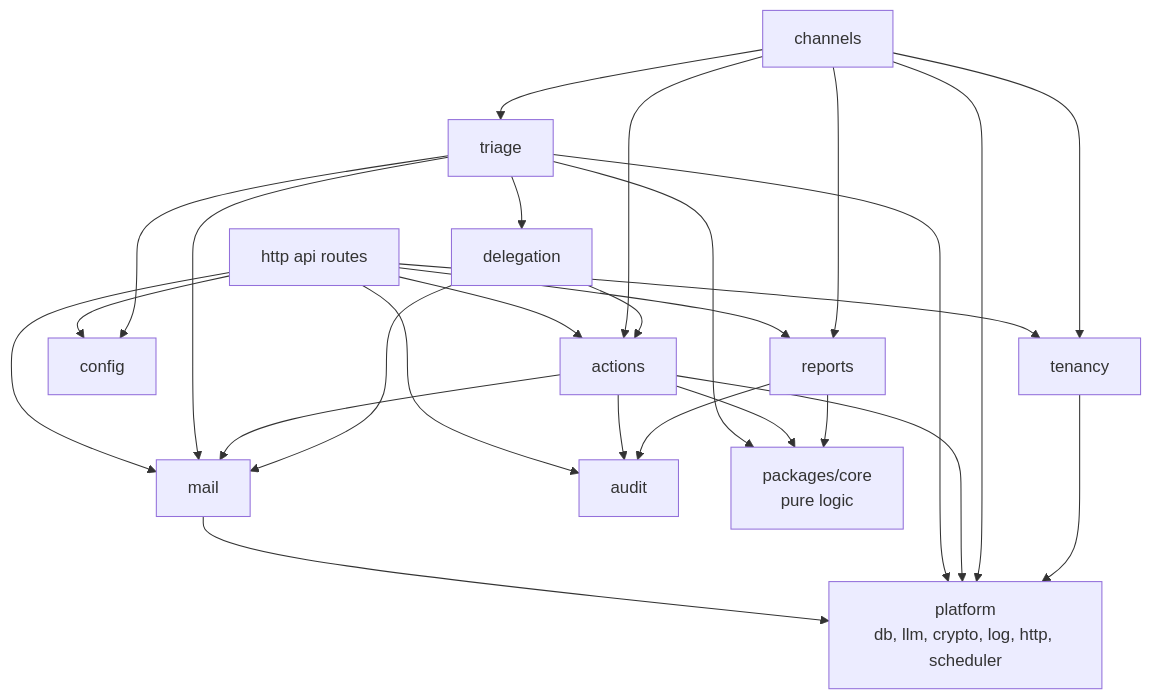
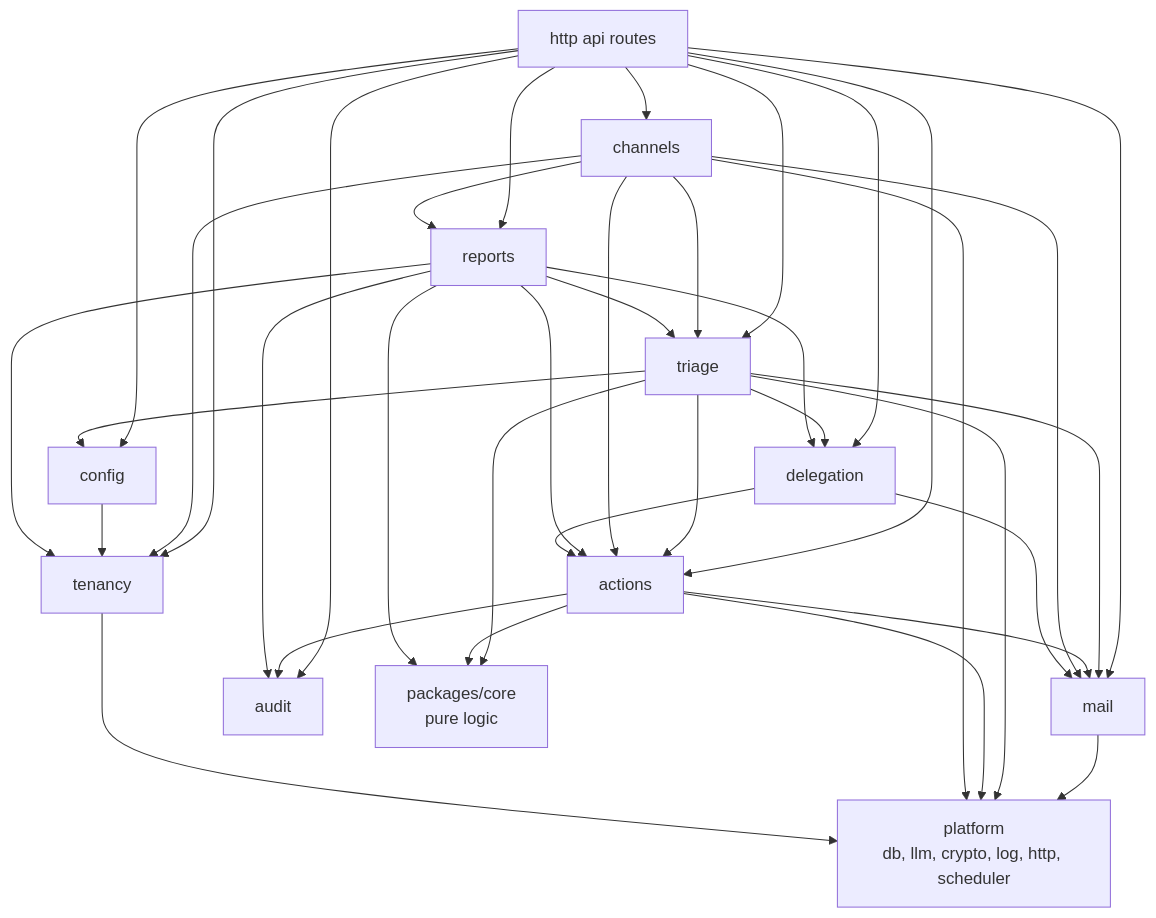
Before and after one commit to Artexs/email_assistant: the second of 2 diagrams in docs/modules.md, drawn with Mermaid. The commit also changed other lines of this file and 20 other files, not shown here.

````diff
--- a/docs/modules.md
+++ b/docs/modules.md
@@ -70,31 +70,41 @@
 ```mermaid
 graph TD
     api[http api routes] --> tenancy
     api --> mail
     api --> config
     api --> actions
     api --> audit
     api --> reports
+    api --> triage
+    api --> channels
+    api --> delegation
     triage --> config
     triage --> mail
     triage --> core
     triage --> delegation
+    triage --> actions
     actions --> mail
     actions --> audit
     actions --> core
     channels --> actions
     channels --> reports
     channels --> triage
     channels --> tenancy
+    channels --> mail
+    config --> tenancy
+    reports --> tenancy
+    reports --> actions
+    reports --> triage
+    reports --> delegation
     reports --> audit
     reports --> core
     delegation --> actions
     delegation --> mail
     mail --> platform
     triage --> platform
     actions --> platform
     channels --> platform
     tenancy --> platform
     core[packages/core<br/>pure logic]
     platform[platform<br/>db, llm, crypto, log, http, scheduler]
 ```
````
